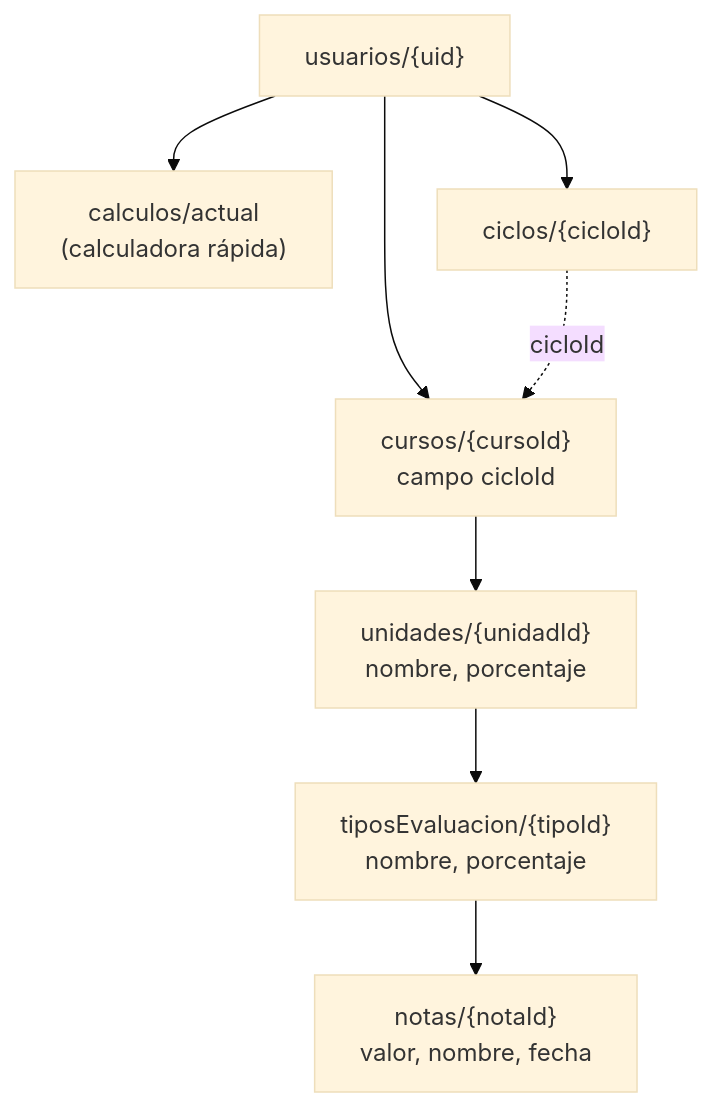
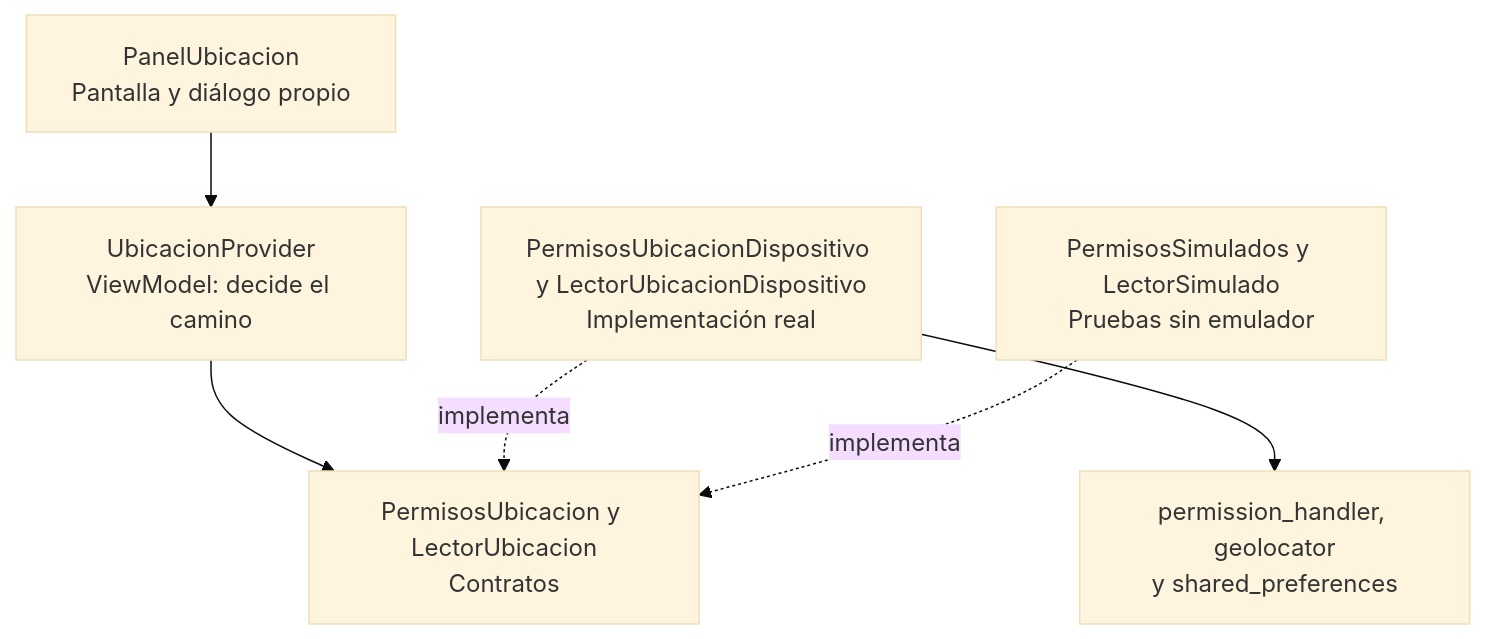
One commit to pieroalexanderppc/EXAMEN_U2_SOLUCIONESMOVILES2 changed the first of 2 diagrams in README.md. Above: the diagram before and after it, drawn with Mermaid (base theme). The commit also changed other lines of this file, not shown here.

First line of the commit message:
docs(examen-u2): centra el README en el examen Tipo 2

````diff
--- a/README.md
+++ b/README.md
@@ -262,10 +43,8 @@
 ```mermaid
 flowchart TD
-  U["usuarios/{uid}"] --> CA["calculos/actual<br/>(calculadora rápida)"]
-  U --> C["ciclos/{cicloId}"]
-  U --> CU["cursos/{cursoId}<br/>campo cicloId"]
-  C -. cicloId .-> CU
-  CU --> UN["unidades/{unidadId}<br/>nombre, porcentaje"]
-  UN --> TE["tiposEvaluacion/{tipoId}<br/>nombre, porcentaje"]
-  TE --> N["notas/{notaId}<br/>valor, nombre, fecha"]
+    A["PanelUbicacion<br>Pantalla y diálogo propio"] --> B["UbicacionProvider<br>ViewModel: decide el camino"]
+    B --> C["PermisosUbicacion y LectorUbicacion<br>Contratos"]
+    D["PermisosUbicacionDispositivo y LectorUbicacionDispositivo<br>Implementación real"] -. implementa .-> C
+    E["PermisosSimulados y LectorSimulado<br>Pruebas sin emulador"] -. implementa .-> C
+    D --> F["permission_handler, geolocator<br>y shared_preferences"]
 ```
````
